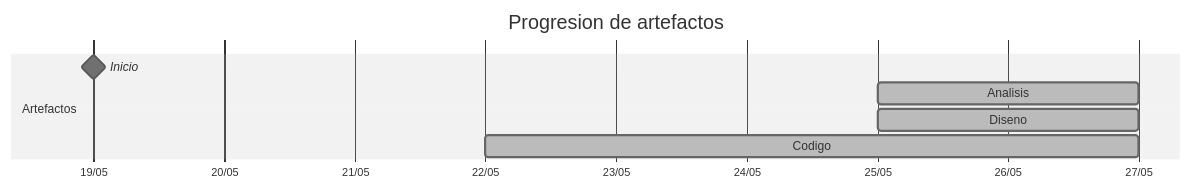
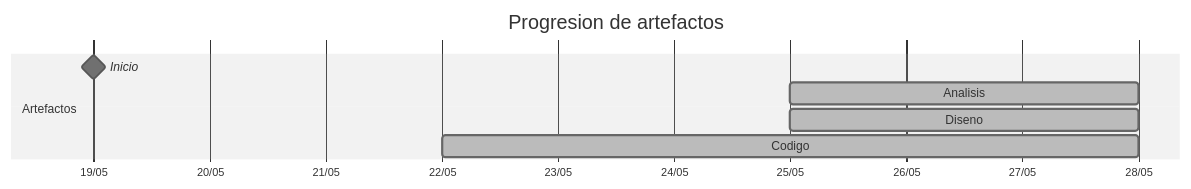
One commit to carlos-alvarado-25/25-26-idsw2-sdVC changed the diagram in TIMELINES/jerdier.md. Above: the diagram before and after it, drawn with Mermaid (neutral theme). The commit also changed other lines of this file and 3 other files, not shown here.

````diff
--- a/TIMELINES/jerdier.md
+++ b/TIMELINES/jerdier.md
@@ -16,11 +16,11 @@
 ```mermaid
 gantt
     title Progresion de artefactos
     dateFormat YYYY-MM-DD
     axisFormat %d/%m
     section Artefactos
         Inicio       :milestone, 2026-05-19, 0d
-        Analisis     :done, 2026-05-25, 2026-05-27
-        Diseno       :done, 2026-05-25, 2026-05-27
-        Codigo       :done, 2026-05-22, 2026-05-27
+        Analisis     :done, 2026-05-25, 2026-05-28
+        Diseno       :done, 2026-05-25, 2026-05-28
+        Codigo       :done, 2026-05-22, 2026-05-28
 ```
````
